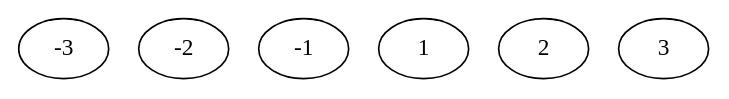
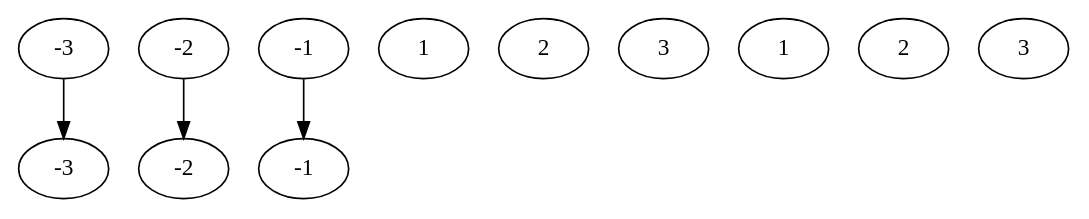
Before and after one commit to tnichols217/notes: the diagram in CSDS 302 - Discrete Math/HW/1.md, drawn with Graphviz.

Commit message:
vault backup: 2024-01-26 12:20:35

````diff
--- a/CSDS 302 - Discrete Math/HW/1.md
+++ b/CSDS 302 - Discrete Math/HW/1.md
@@ -132,10 +132,19 @@
 ```dot
 digraph {
 	a [label=-3]
 	b [label=-2]
 	c [label=-1]
 	d [label=1]
 	e [label=2]
 	f [label=3]
+	A [label=-3]
+	B [label=-2]
+	C [label=-1]
+	D [label=1]
+	E [label=2]
+	F [label=3]
+	a -> A
+	b -> B
+	c -> C
 }
 ```
````
